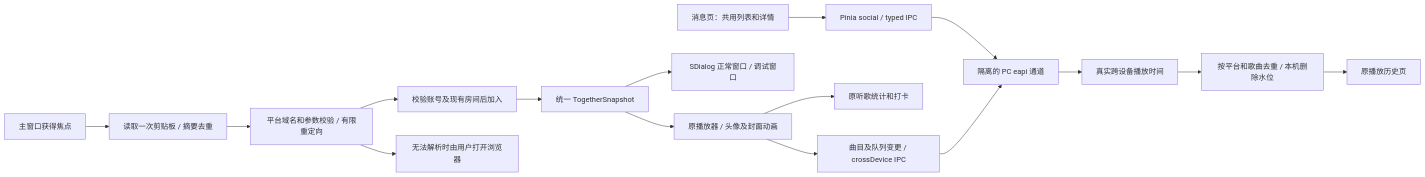
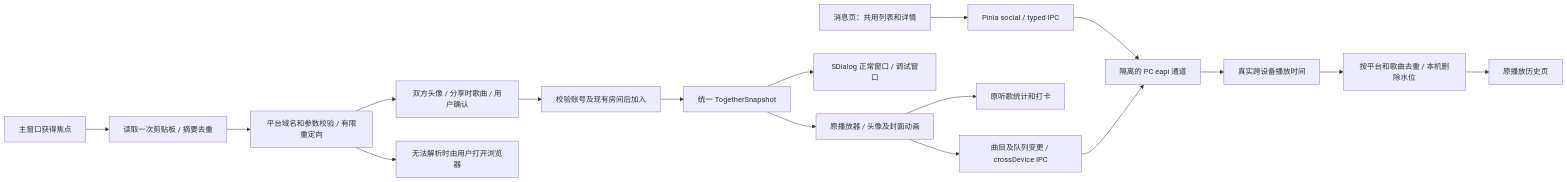
The diagram in docs/social/iteration-2026-10-04.md (GeekerKuan/SPlayer-Next), drawn with Mermaid before and after one commit. The commit also changed other lines of this file and 35 other files, not shown here.

````diff
--- a/docs/social/iteration-2026-10-04.md
+++ b/docs/social/iteration-2026-10-04.md
@@ -9,18 +9,19 @@
 ```mermaid
 flowchart LR
   Page[消息页：共用列表和详情] --> Social[Pinia social / typed IPC]
   Social --> Native[隔离的 PC eapi 通道]
   Focus[主窗口获得焦点] --> Clip[读取一次剪贴板 / 摘要去重]
   Clip --> Resolve[平台域名和参数校验 / 有限重定向]
-  Resolve --> Join[校验账号及现有房间后加入]
+  Resolve --> Preview[双方头像 / 分享时歌曲 / 用户确认]
+  Preview --> Join[校验账号及现有房间后加入]
   Resolve --> Browser[无法解析时由用户打开浏览器]
   Join --> Snapshot[统一 TogetherSnapshot]
   Snapshot --> Dialog[SDialog 正常窗口 / 调试窗口]
   Snapshot --> Player[原播放器 / 头像及封面动画]
   Player --> Stats[原听歌统计和打卡]
   Player --> Relay[曲目及队列变更 / crossDevice IPC]
   Relay --> Native
   Native --> Recent[真实跨设备播放时间]
   Recent --> Merge[按平台和歌曲去重 / 本机删除水位]
   Merge --> History[原播放历史页]
 ```
````
